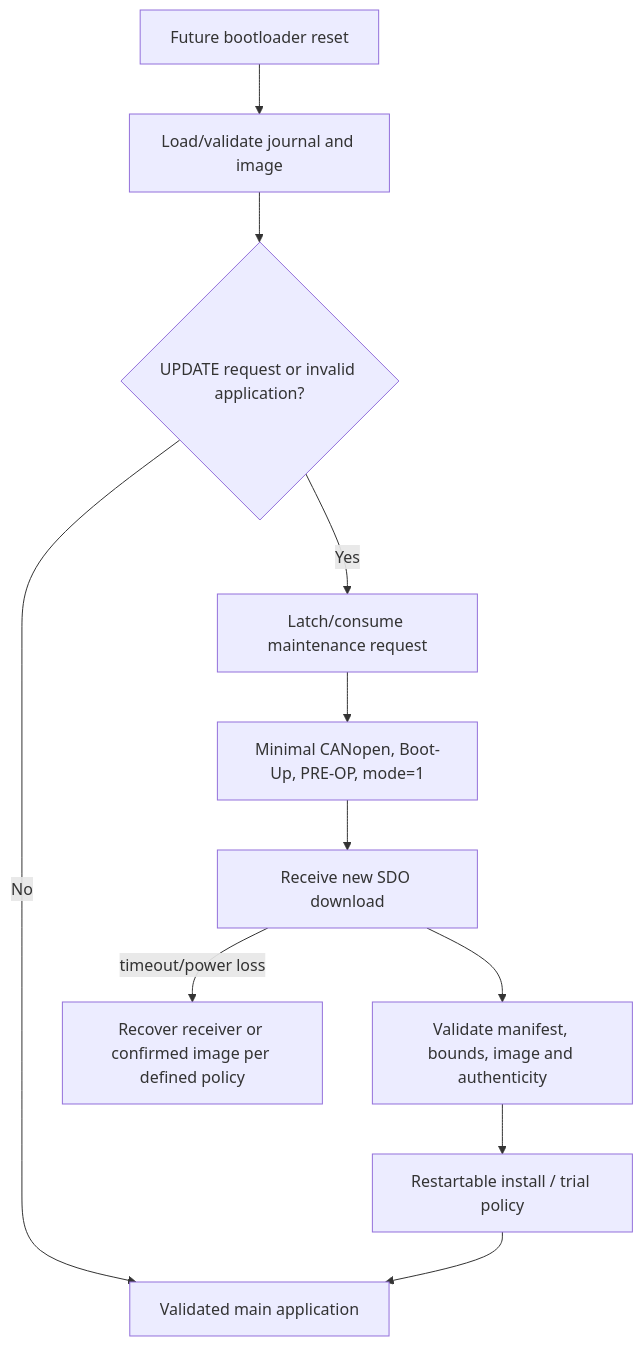
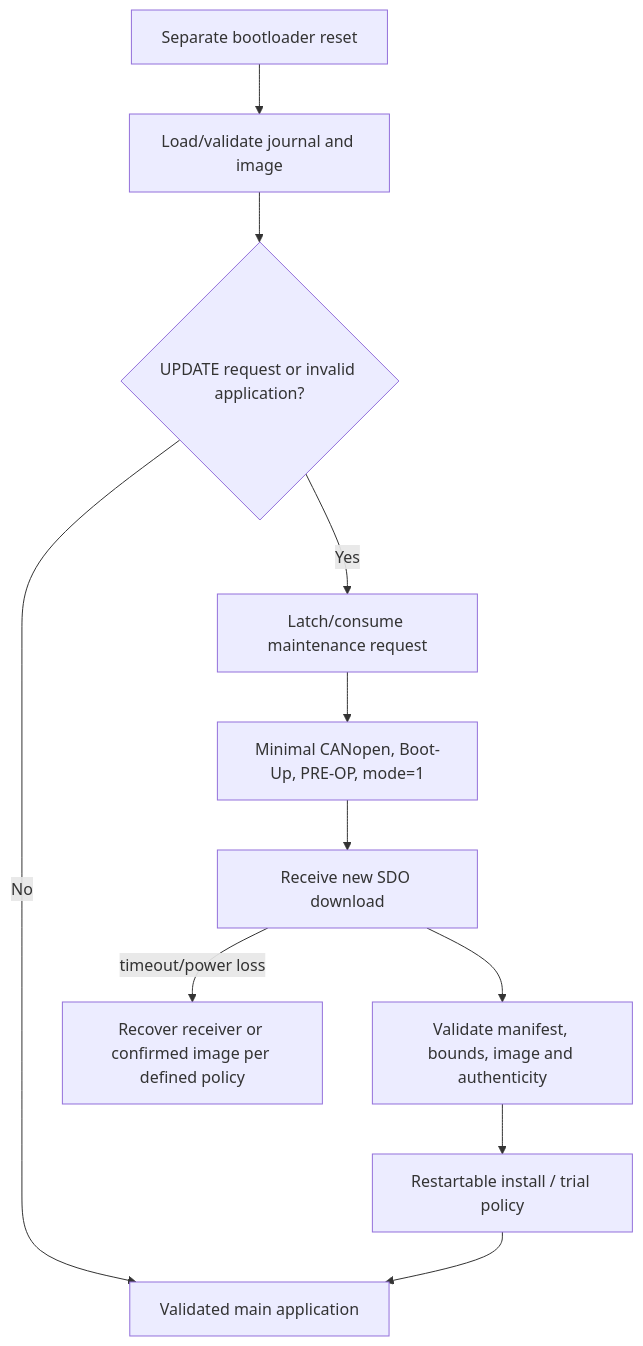
Before and after one commit to MateuszTarka00/VEGA_CANOPEN_TRANSLATOR_STM32: the third of 3 diagrams in CANOPEN_INTEGRATION.md, drawn with Mermaid. The commit also changed other lines of this file and 7 other files, not shown here.

First line of the commit message:
Integrate separate CANopen bootloader and enhance application update handling

````diff
--- a/CANOPEN_INTEGRATION.md
+++ b/CANOPEN_INTEGRATION.md
@@ -398,13 +419,13 @@
 ```mermaid
 flowchart TD
-    R[Future bootloader reset] --> J[Load/validate journal and image]
+    R[Separate bootloader reset] --> J[Load/validate journal and image]
     J --> U{UPDATE request or invalid application?}
     U -->|No| A[Validated main application]
     U -->|Yes| L[Latch/consume maintenance request]
     L --> C[Minimal CANopen, Boot-Up, PRE-OP, mode=1]
     C --> D[Receive new SDO download]
     D --> V[Validate manifest, bounds, image and authenticity]
     V --> I[Restartable install / trial policy]
     I --> A
     D -->|timeout/power loss| REC[Recover receiver or confirmed image per defined policy]
 ```
````
